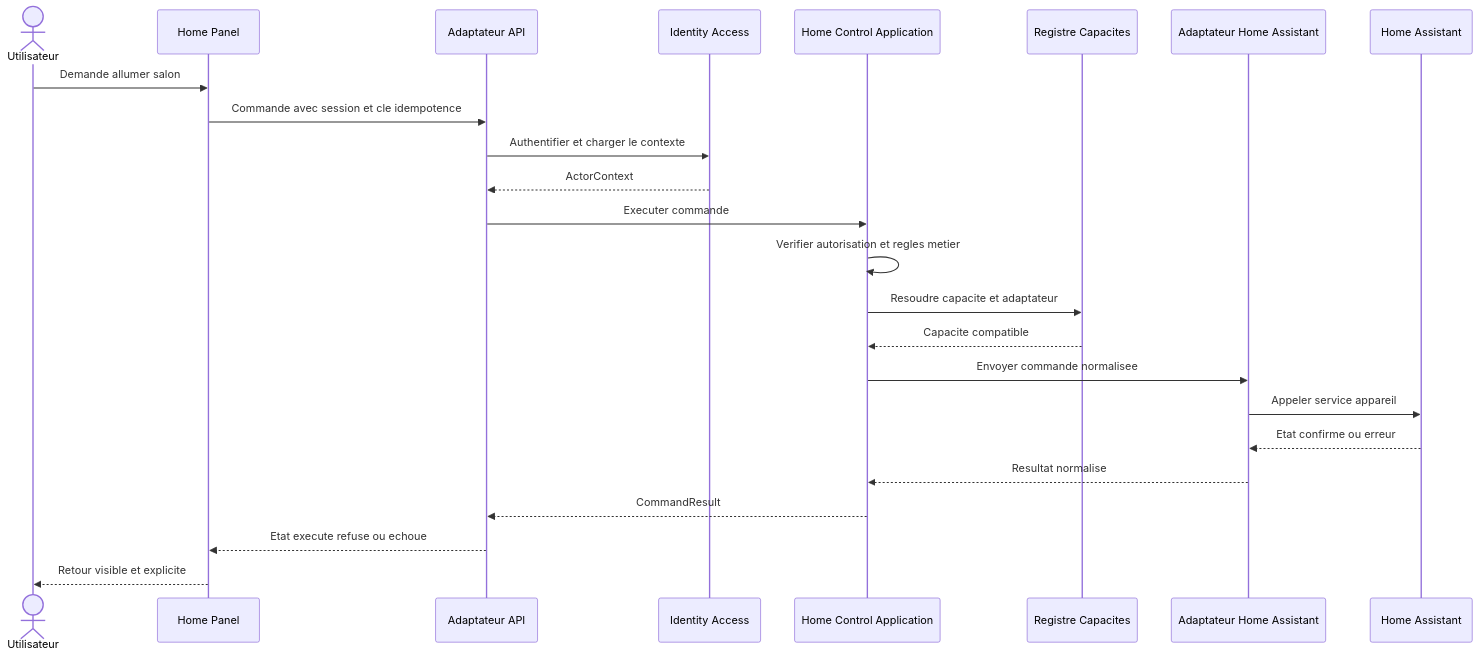
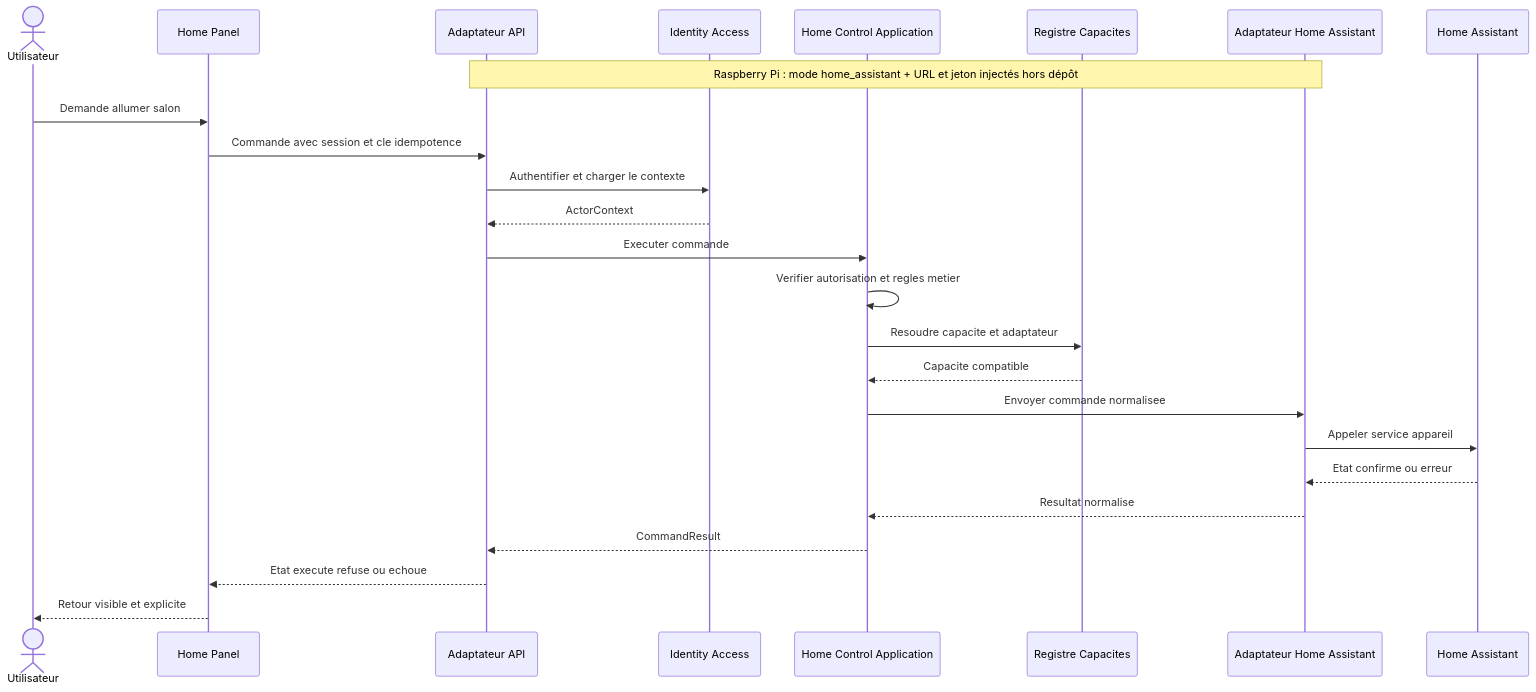
The diagram in poles/technique/home-core/diagrammes/sequence-commande-appareil.mmd (clementortiz134595/HOME-AI), drawn with Mermaid before and after one commit. The commit also changed 9 other files, not shown here.

Commit message:
fix(home-core): impose le connecteur Home Assistant

```diff
--- a/poles/technique/home-core/diagrammes/sequence-commande-appareil.mmd
+++ b/poles/technique/home-core/diagrammes/sequence-commande-appareil.mmd
@@ -1,25 +1,26 @@
 sequenceDiagram
     actor utilisateur as Utilisateur
     participant panel as Home Panel
     participant api as Adaptateur API
     participant access as Identity Access
     participant control as Home Control Application
     participant registry as Registre Capacites
     participant ha as Adaptateur Home Assistant
     participant homeAssistant as Home Assistant
 
+    Note over api,ha: Raspberry Pi : mode home_assistant + URL et jeton injectés hors dépôt
     utilisateur->>panel: Demande allumer salon
     panel->>api: Commande avec session et cle idempotence
     api->>access: Authentifier et charger le contexte
     access-->>api: ActorContext
     api->>control: Executer commande
     control->>control: Verifier autorisation et regles metier
     control->>registry: Resoudre capacite et adaptateur
     registry-->>control: Capacite compatible
     control->>ha: Envoyer commande normalisee
     ha->>homeAssistant: Appeler service appareil
     homeAssistant-->>ha: Etat confirme ou erreur
     ha-->>control: Resultat normalise
     control-->>api: CommandResult
     api-->>panel: Etat execute refuse ou echoue
     panel-->>utilisateur: Retour visible et explicite
```
